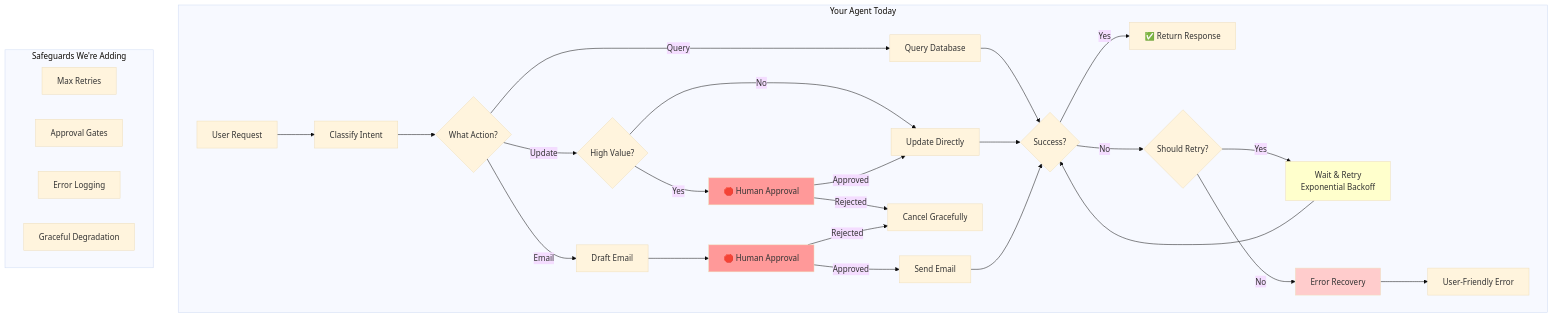
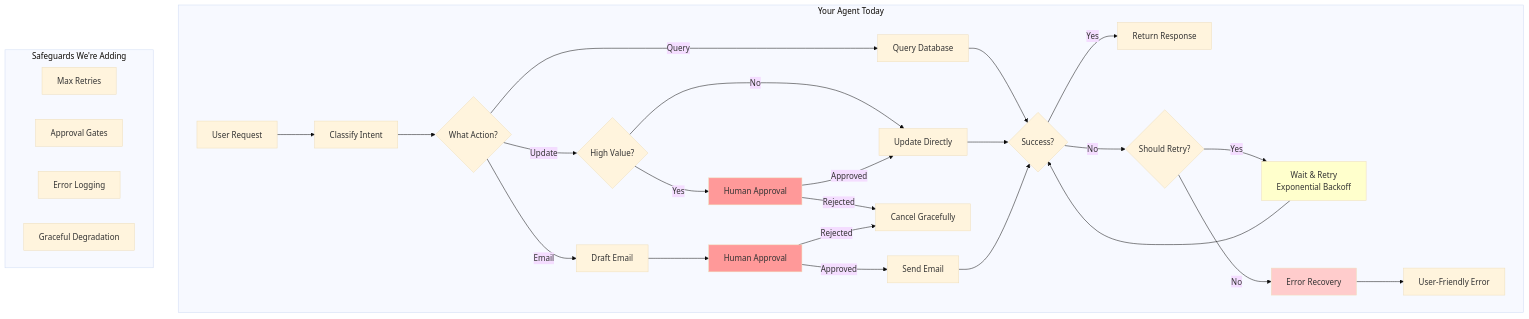
Before and after one commit to AliMehdii/Jedha-use-case: the diagram in Instructional-Design-Challenge/Day-02_Production-Ready/00-Lectures/01-When-Agents-Go-Wrong.md, drawn with Mermaid (base theme). The commit also changed 9 other files, not shown here.

Commit message:
Refine instructional materials for AI agents: updated diagrams for chatbot vs. agent flows, improved state representation in exercises, and enhanced error handling visuals. Adjusted terminology for clarity and consistency across all lecture and exercise files.

````diff
--- a/Instructional-Design-Challenge/Day-02_Production-Ready/00-Lectures/01-When-Agents-Go-Wrong.md
+++ b/Instructional-Design-Challenge/Day-02_Production-Ready/00-Lectures/01-When-Agents-Go-Wrong.md
@@ -161,42 +161,38 @@
 ```mermaid
 graph TB
-    subgraph "Your Agent Today"
-        A[User Request] --> B[Classify Intent]
-        B --> C{What Action?}
-        C -->|Query| D[Query Database]
-        C -->|Update| E{High Value?}
-        C -->|Email| F[Draft Email]
-        
-        E -->|Yes| G[🛑 Human Approval]
-        E -->|No| H[Update Directly]
+    subgraph YourAgent["Your Agent Today"]
+        A["User Request"] --> B["Classify Intent"]
+        B --> C{"What Action?"}
+        C -->|Query| D["Query Database"]
+        C -->|Update| E{"High Value?"}
+        C -->|Email| F["Draft Email"]
+        E -->|Yes| G["Human Approval"]
+        E -->|No| H["Update Directly"]
         G -->|Approved| H
-        G -->|Rejected| I[Cancel Gracefully]
-        
-        F --> J[🛑 Human Approval]
-        J -->|Approved| K[Send Email]
+        G -->|Rejected| I["Cancel Gracefully"]
+        F --> J["Human Approval"]
+        J -->|Approved| K["Send Email"]
         J -->|Rejected| I
-        
-        D --> L{Success?}
+        D --> L{"Success?"}
         H --> L
         K --> L
-        
-        L -->|Yes| M[✅ Return Response]
-        L -->|No| N{Should Retry?}
-        N -->|Yes| O[Wait & Retry<br/>Exponential Backoff]
+        L -->|Yes| M["Return Response"]
+        L -->|No| N{"Should Retry?"}
+        N -->|Yes| O["Wait & Retry<br/>Exponential Backoff"]
         O --> L
-        N -->|No| P[Error Recovery]
-        P --> Q[User-Friendly Error]
+        N -->|No| P["Error Recovery"]
+        P --> Q["User-Friendly Error"]
     end
     
-    subgraph "Safeguards We're Adding"
-        R[Max Retries]
-        S[Approval Gates]
-        T[Error Logging]
-        U[Graceful Degradation]
+    subgraph Safeguards["Safeguards We're Adding"]
+        R["Max Retries"]
+        S["Approval Gates"]
+        T["Error Logging"]
+        U["Graceful Degradation"]
     end
     
     style G fill:#ff9999
     style J fill:#ff9999
     style O fill:#ffffcc
     style P fill:#ffcccc
 ```
````
